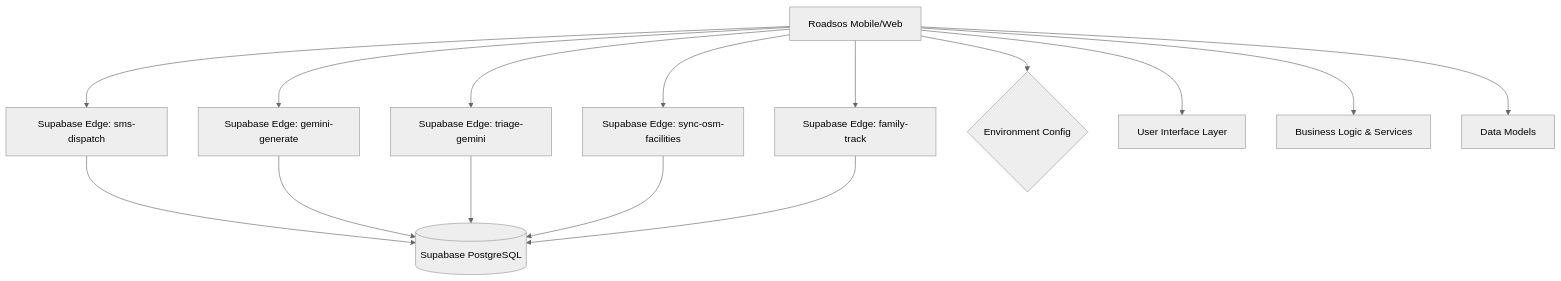
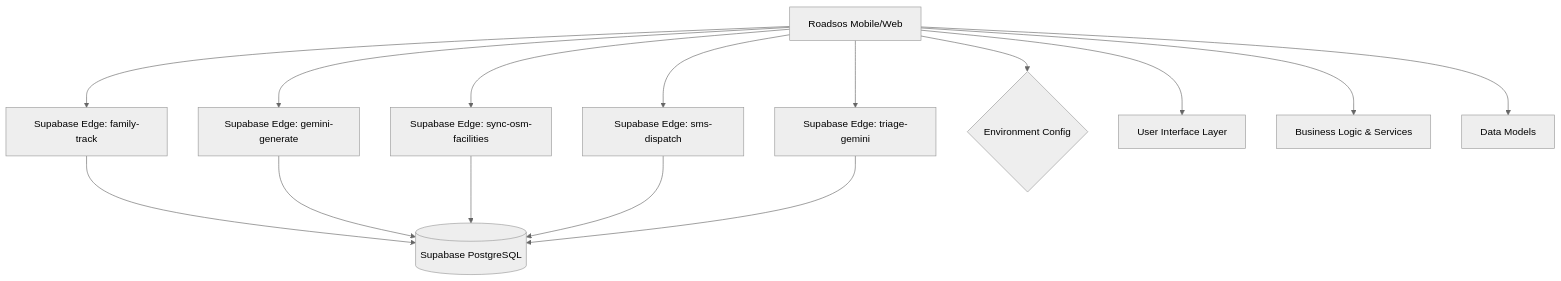
One commit to NITISH-R-G/RoadSOS changed the first of 2 diagrams in docs/architecture/architecture.md. Above: the diagram before and after it, drawn with Mermaid (neutral theme). The commit also changed other lines of this file and 2 other files, not shown here.

Commit message:
docs: auto-update architecture, diagrams, and README

````diff
--- a/docs/architecture/architecture.md
+++ b/docs/architecture/architecture.md
@@ -5,18 +5,18 @@
 ```mermaid
 graph TD
     Client[Roadsos Mobile/Web] 
+    Client --> Function_family_track[Supabase Edge: family-track]
+    Function_family_track --> SupabaseDB[(Supabase PostgreSQL)]
+    Client --> Function_gemini_generate[Supabase Edge: gemini-generate]
+    Function_gemini_generate --> SupabaseDB[(Supabase PostgreSQL)]
+    Client --> Function_sync_osm_facilities[Supabase Edge: sync-osm-facilities]
+    Function_sync_osm_facilities --> SupabaseDB[(Supabase PostgreSQL)]
     Client --> Function_sms_dispatch[Supabase Edge: sms-dispatch]
     Function_sms_dispatch --> SupabaseDB[(Supabase PostgreSQL)]
-    Client --> Function_gemini_generate[Supabase Edge: gemini-generate]
-    Function_gemini_generate --> SupabaseDB[(Supabase PostgreSQL)]
     Client --> Function_triage_gemini[Supabase Edge: triage-gemini]
     Function_triage_gemini --> SupabaseDB[(Supabase PostgreSQL)]
-    Client --> Function_sync_osm_facilities[Supabase Edge: sync-osm-facilities]
-    Function_sync_osm_facilities --> SupabaseDB[(Supabase PostgreSQL)]
-    Client --> Function_family_track[Supabase Edge: family-track]
-    Function_family_track --> SupabaseDB[(Supabase PostgreSQL)]
     Client --> EnvVars{Environment Config}
     Client --> UI[User Interface Layer]
     Client --> Services[Business Logic & Services]
     Client --> Models[Data Models]
 ```
````
